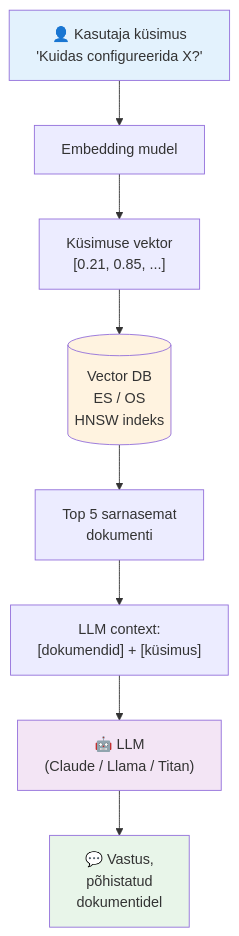
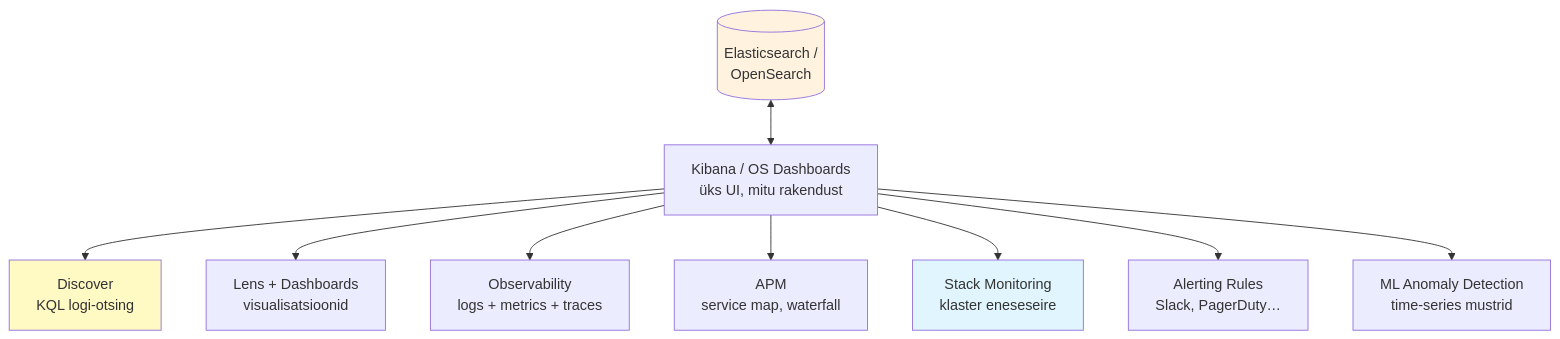
Before and after one commit to hkhk-tk/monitoring: diagram 17 of 19 in docs/materials/lectures/paev3-elk-loeng.md, drawn with Mermaid. The commit also changed other lines of this file and 2 other files, not shown here.

````diff
--- a/docs/materials/lectures/paev3-elk-loeng.md
+++ b/docs/materials/lectures/paev3-elk-loeng.md
@@ -1440,15 +1377,18 @@
 ```mermaid
-flowchart TD
-    U["👤 Kasutaja küsimus<br/>'Kuidas configureerida X?'"] --> E["Embedding mudel"]
-    E --> QV["Küsimuse vektor<br/>[0.21, 0.85, ...]"]
-    QV --> VDB[("Vector DB<br/>ES / OS<br/>HNSW indeks")]
-    VDB --> TOP["Top 5 sarnasemat<br/>dokumenti"]
-    TOP --> CTX["LLM context:<br/>[dokumendid] + [küsimus]"]
-    CTX --> LLM["🤖 LLM<br/>(Claude / Llama / Titan)"]
-    LLM --> ANS["💬 Vastus,<br/>põhistatud<br/>dokumentidel"]
+flowchart TB
+    KB["Kibana / OS Dashboards<br/>üks UI, mitu rakendust"]
 
-    style U fill:#e3f2fd
-    style ANS fill:#e8f5e9
-    style VDB fill:#fff3e0
-    style LLM fill:#f3e5f5
+    KB --> DIS["Discover<br/>KQL logi-otsing"]
+    KB --> LEN["Lens + Dashboards<br/>visualisatsioonid"]
+    KB --> OBS["Observability<br/>logs + metrics + traces"]
+    KB --> APM["APM<br/>service map, waterfall"]
+    KB --> SM["Stack Monitoring<br/>klaster eneseseire"]
+    KB --> AL["Alerting Rules<br/>Slack, PagerDuty…"]
+    KB --> ML["ML Anomaly Detection<br/>time-series mustrid"]
+
+    ES[("Elasticsearch /<br/>OpenSearch")] <--> KB
+
+    style DIS fill:#fff9c4
+    style SM fill:#e1f5fe
+    style ES fill:#fff3e0
 ```
````
